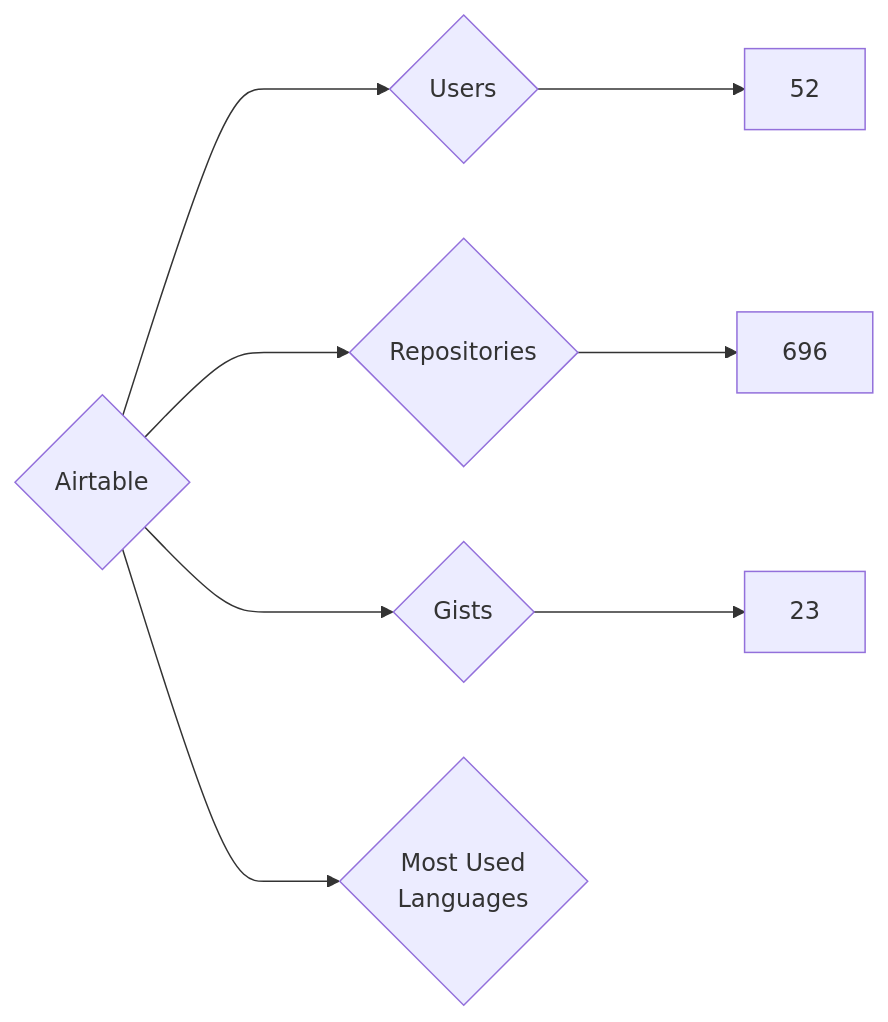
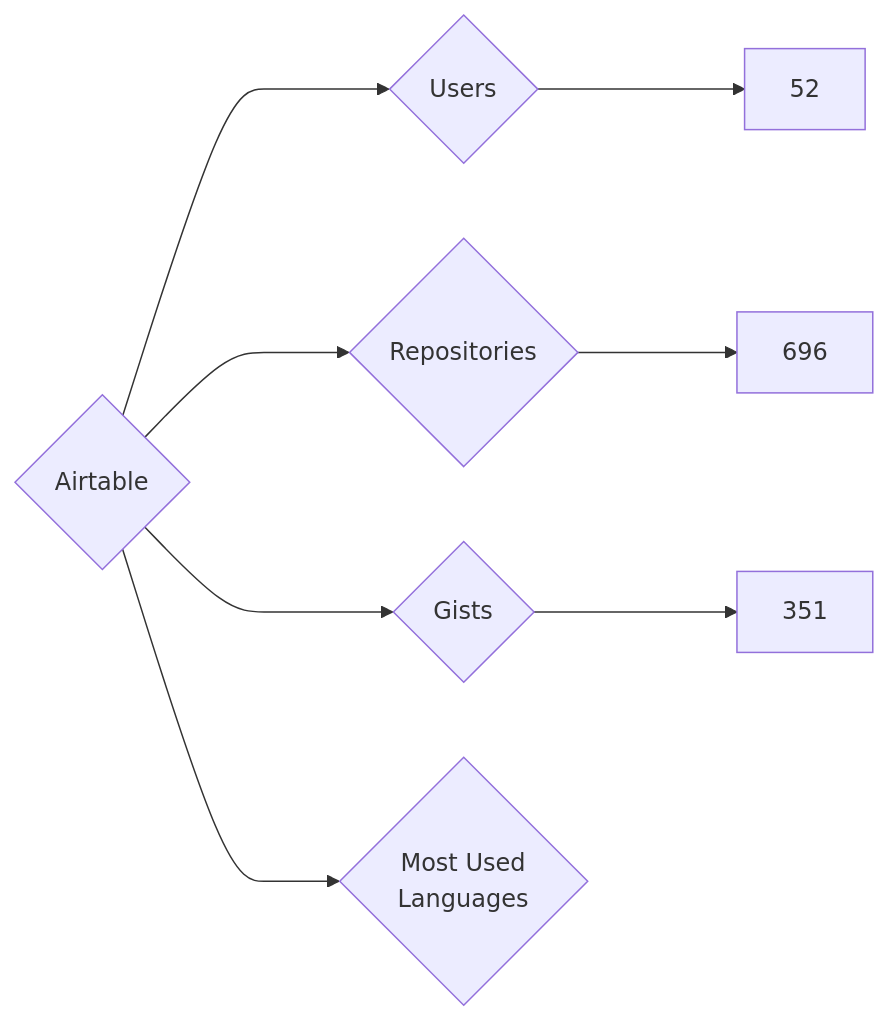
The diagram in targets/Airtable/README.md (nenadzaric/insiders), drawn with Mermaid before and after one commit. The commit also changed 1342 other files, not shown here.

````diff
--- a/targets/Airtable/README.md
+++ b/targets/Airtable/README.md
@@ -3,8 +3,8 @@
 ```mermaid
 graph LR
 COMPANY_NAME{Airtable}
 COMPANY_NAME ---> U{Users} ---> UN[52]
 COMPANY_NAME ---> R{Repositories} ---> RN[696]
-COMPANY_NAME ---> G{Gists} ---> GN[23]
+COMPANY_NAME ---> G{Gists} ---> GN[351]
 COMPANY_NAME ---> ML{Most Used<br>Languages}
 ```
````
